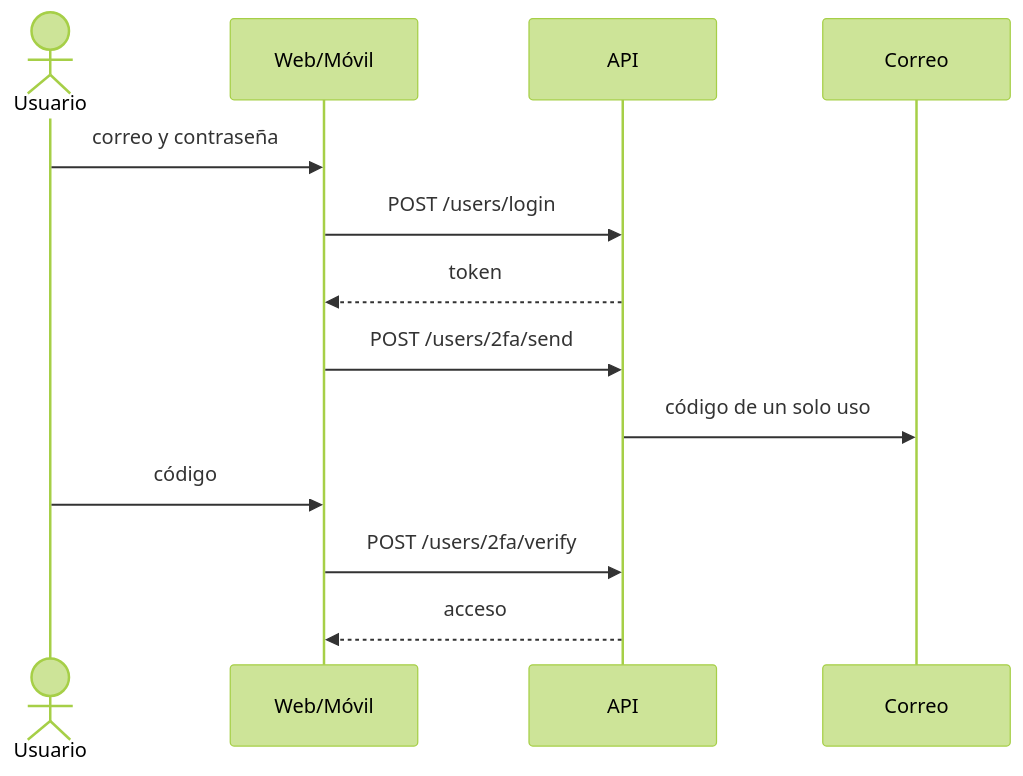
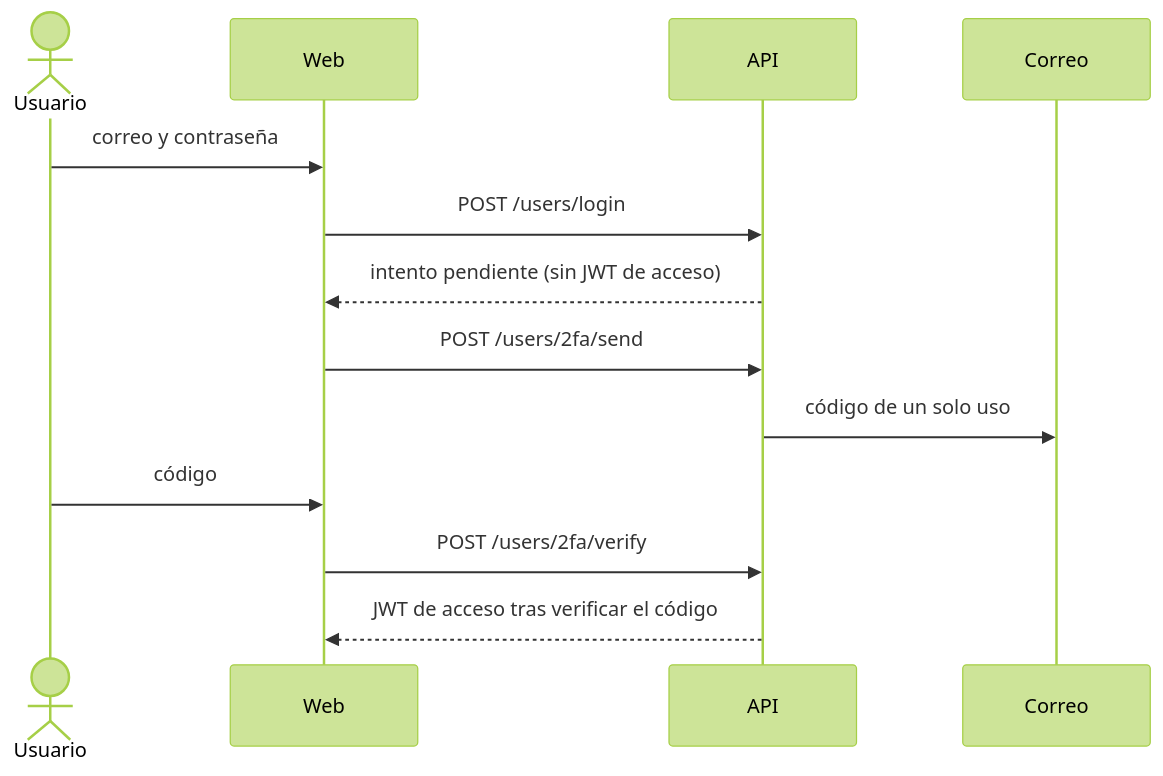
One commit to Aerxs666/FOCCUS-RF changed the fourth of 5 diagrams in diagramas/README.md. Above: the diagram before and after it, drawn with Mermaid (forest theme). The commit also changed 6 other files, not shown here.

````diff
--- a/diagramas/README.md
+++ b/diagramas/README.md
@@ -55,15 +55,15 @@
 ```mermaid
 sequenceDiagram
   actor U as Usuario
-  participant W as Web/Móvil
+  participant W as Web
   participant A as API
   participant M as Correo
   U->>W: correo y contraseña
   W->>A: POST /users/login
-  A-->>W: token
+  A-->>W: intento pendiente (sin JWT de acceso)
   W->>A: POST /users/2fa/send
   A->>M: código de un solo uso
   U->>W: código
   W->>A: POST /users/2fa/verify
-  A-->>W: acceso
+  A-->>W: JWT de acceso tras verificar el código
 ```
````
